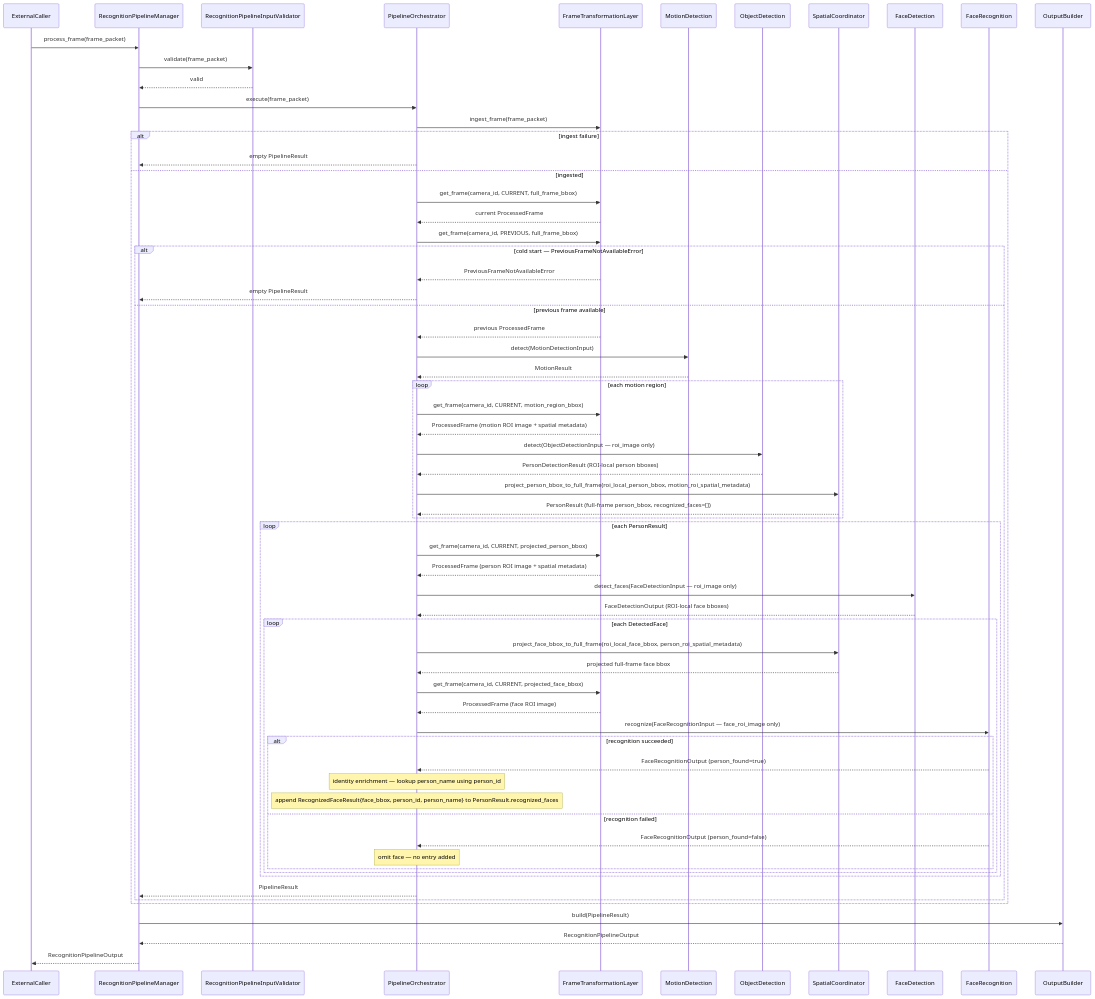
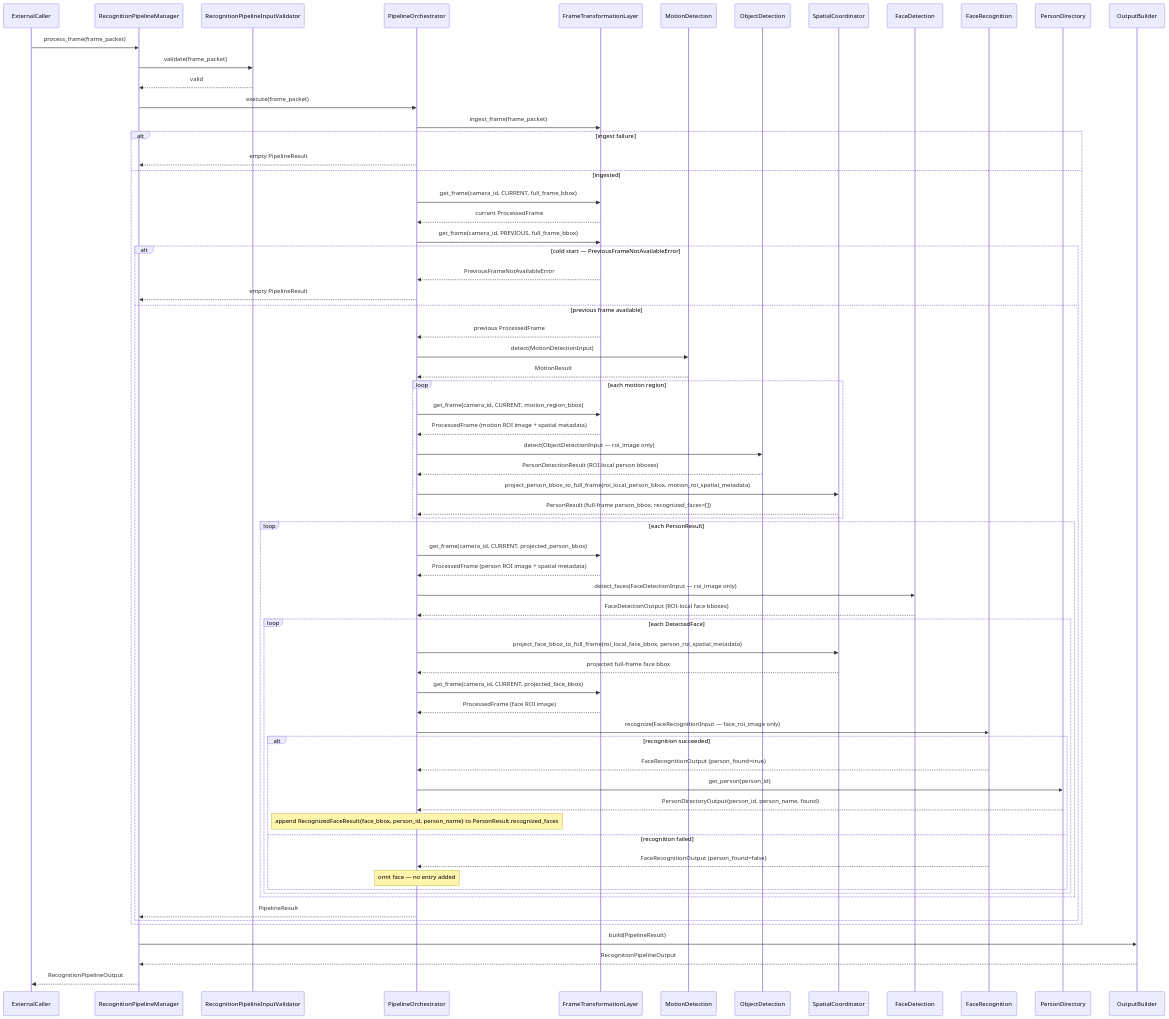
The second of 3 diagrams in doc/image_processing_service/RecognitionPipelineManager.md (talifruman/camera-recognition), drawn with Mermaid before and after one commit. The commit also changed other lines of this file and 203 other files, not shown here.

````diff
--- a/doc/image_processing_service/RecognitionPipelineManager.md
+++ b/doc/image_processing_service/RecognitionPipelineManager.md
@@ -806,76 +883,78 @@
 ```mermaid
 sequenceDiagram
     participant ExternalCaller as ExternalCaller
     participant RPM as RecognitionPipelineManager
     participant Validator as RecognitionPipelineInputValidator
     participant Orch as PipelineOrchestrator
     participant FTL as FrameTransformationLayer
     participant Motion as MotionDetection
     participant ObjDet as ObjectDetection
     participant SC as SpatialCoordinator
     participant FaceDet as FaceDetection
     participant FaceRec as FaceRecognition
+    participant PD as PersonDirectory
     participant Builder as OutputBuilder
 
     ExternalCaller->>RPM: process_frame(frame_packet)
 
     RPM->>Validator: validate(frame_packet)
     Validator-->>RPM: valid
     RPM->>Orch: execute(frame_packet)
 
     Orch->>FTL: ingest_frame(frame_packet)
 
     alt ingest failure
         Orch-->>RPM: empty PipelineResult
     else ingested
         Orch->>FTL: get_frame(camera_id, CURRENT, full_frame_bbox)
         FTL-->>Orch: current ProcessedFrame
         Orch->>FTL: get_frame(camera_id, PREVIOUS, full_frame_bbox)
         alt cold start — PreviousFrameNotAvailableError
             FTL-->>Orch: PreviousFrameNotAvailableError
             Orch-->>RPM: empty PipelineResult
         else previous frame available
             FTL-->>Orch: previous ProcessedFrame
             Orch->>Motion: detect(MotionDetectionInput)
             Motion-->>Orch: MotionResult
 
             loop each motion region
                 Orch->>FTL: get_frame(camera_id, CURRENT, motion_region_bbox)
                 FTL-->>Orch: ProcessedFrame (motion ROI image + spatial metadata)
                 Orch->>ObjDet: detect(ObjectDetectionInput — roi_image only)
                 ObjDet-->>Orch: PersonDetectionResult (ROI-local person bboxes)
                 Orch->>SC: project_person_bbox_to_full_frame(roi_local_person_bbox, motion_roi_spatial_metadata)
                 SC-->>Orch: PersonResult (full-frame person_bbox, recognized_faces=[])
             end
 
             loop each PersonResult
                 Orch->>FTL: get_frame(camera_id, CURRENT, projected_person_bbox)
                 FTL-->>Orch: ProcessedFrame (person ROI image + spatial metadata)
                 Orch->>FaceDet: detect_faces(FaceDetectionInput — roi_image only)
                 FaceDet-->>Orch: FaceDetectionOutput (ROI-local face bboxes)
 
                 loop each DetectedFace
                     Orch->>SC: project_face_bbox_to_full_frame(roi_local_face_bbox, person_roi_spatial_metadata)
                     SC-->>Orch: projected full-frame face bbox
                     Orch->>FTL: get_frame(camera_id, CURRENT, projected_face_bbox)
                     FTL-->>Orch: ProcessedFrame (face ROI image)
                     Orch->>FaceRec: recognize(FaceRecognitionInput — face_roi_image only)
                     alt recognition succeeded
                         FaceRec-->>Orch: FaceRecognitionOutput (person_found=true)
-                        Note over Orch: identity enrichment — lookup person_name using person_id
+                        Orch->>PD: get_person(person_id)
+                        PD-->>Orch: PersonDirectoryOutput{person_id, person_name, found}
                         Note over Orch: append RecognizedFaceResult{face_bbox, person_id, person_name} to PersonResult.recognized_faces
                     else recognition failed
                         FaceRec-->>Orch: FaceRecognitionOutput (person_found=false)
                         Note over Orch: omit face — no entry added
                     end
                 end
             end
 
             Orch-->>RPM: PipelineResult
         end
     end
 
     RPM->>Builder: build(PipelineResult)
     Builder-->>RPM: RecognitionPipelineOutput
     RPM-->>ExternalCaller: RecognitionPipelineOutput
 ```
````
